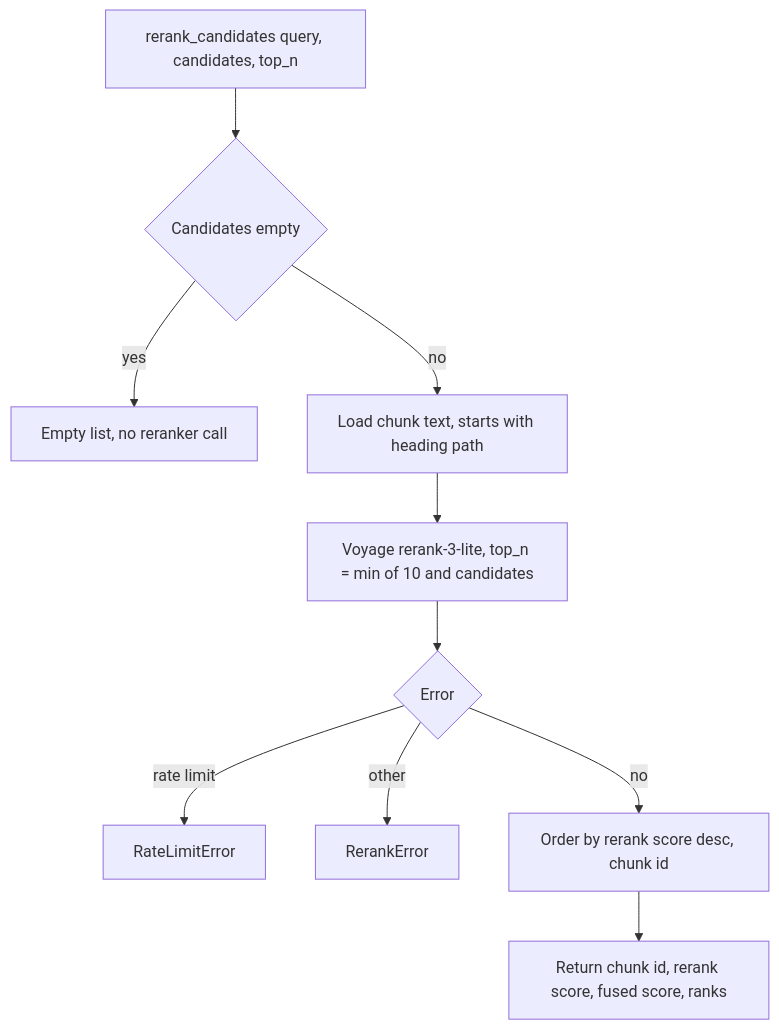
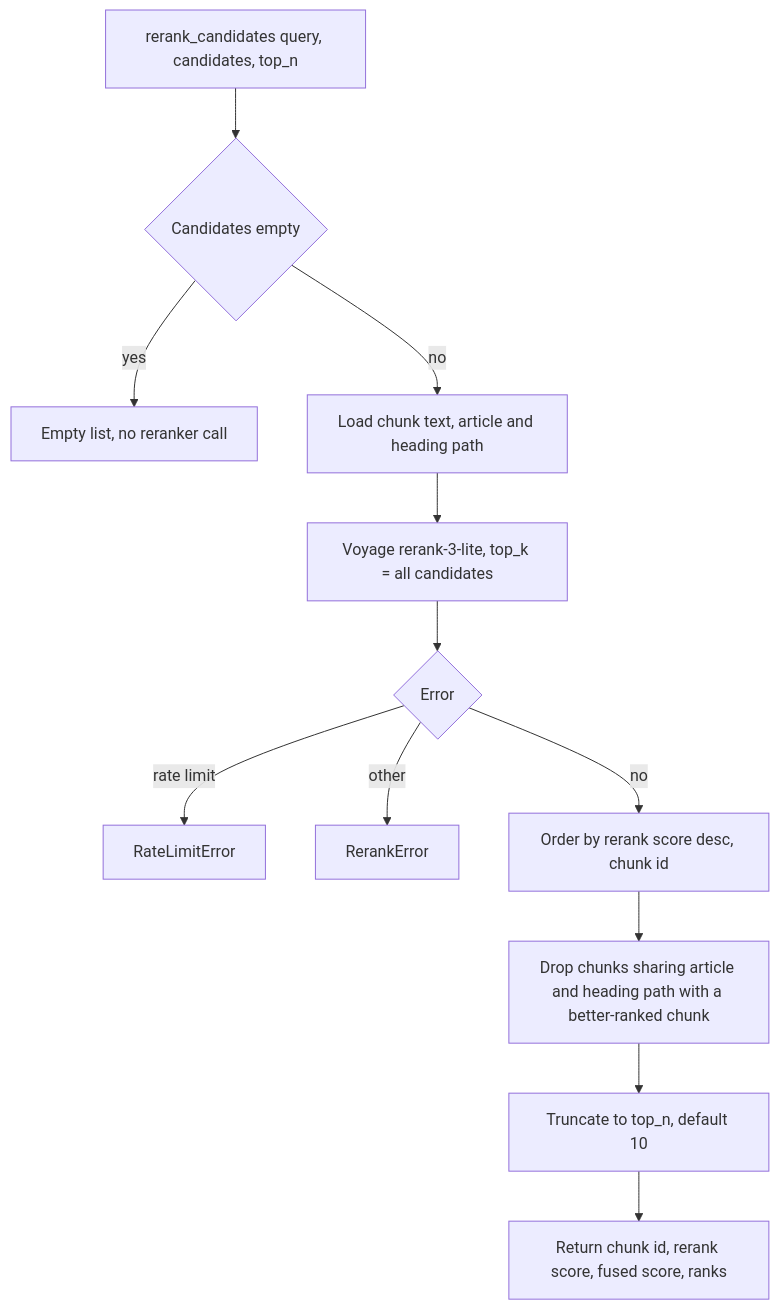
One commit to tudorciobanu99/momentum changed the diagram in docs/flows/retrieval-rerank.md. Above: the diagram before and after it, drawn with Mermaid. The commit also changed 2 other files, not shown here.

Commit message:
feat(backend): remove same-section duplicates after rerank (#26)

````diff
--- a/docs/flows/retrieval-rerank.md
+++ b/docs/flows/retrieval-rerank.md
@@ -3,12 +3,14 @@
 ```mermaid
 flowchart TD
     A[rerank_candidates query, candidates, top_n] --> B{Candidates empty}
     B -- yes --> C[Empty list, no reranker call]
-    B -- no --> D[Load chunk text, starts with heading path]
-    D --> E[Voyage rerank-3-lite, top_n = min of 10 and candidates]
+    B -- no --> D[Load chunk text, article and heading path]
+    D --> E[Voyage rerank-3-lite, top_k = all candidates]
     E --> F{Error}
     F -- rate limit --> G[RateLimitError]
     F -- other --> H[RerankError]
     F -- no --> I[Order by rerank score desc, chunk id]
-    I --> J[Return chunk id, rerank score, fused score, ranks]
+    I --> K[Drop chunks sharing article and heading path with a better-ranked chunk]
+    K --> L[Truncate to top_n, default 10]
+    L --> J[Return chunk id, rerank score, fused score, ranks]
 ```
````
